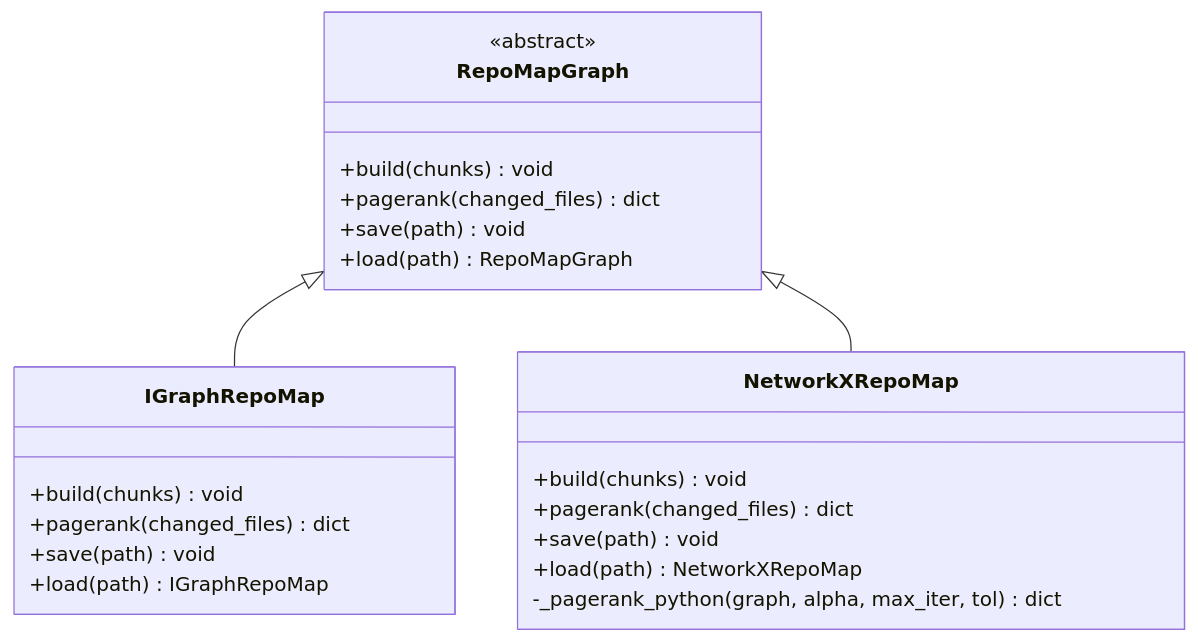
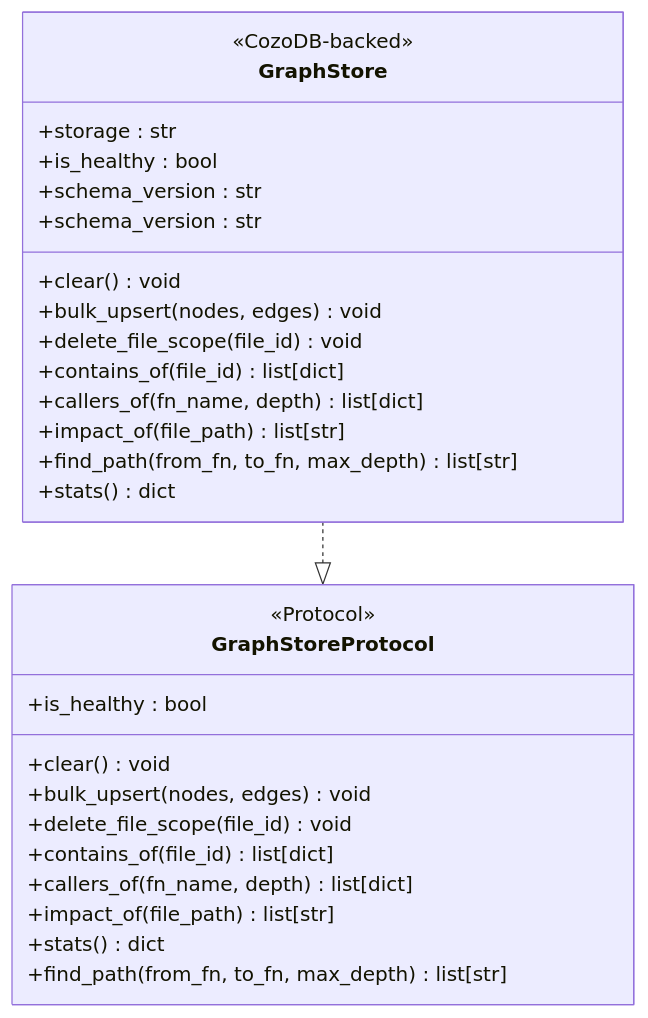
The eighth of 14 diagrams in .qoder/repowiki/en/content/Core Modules/Core Modules.md (maemreyo/zmr-ctx-paker), drawn with Mermaid before and after one commit. The commit also changed other lines of this file and 25 other files, not shown here.

````diff
--- a/.qoder/repowiki/en/content/Core Modules/Core Modules.md
+++ b/.qoder/repowiki/en/content/Core Modules/Core Modules.md
@@ -363,25 +453,31 @@
 ```mermaid
 classDiagram
-class RepoMapGraph {
-<<abstract>>
-+build(chunks) void
-+pagerank(changed_files) dict
-+save(path) void
-+load(path) RepoMapGraph
+class GraphStore {
+<<CozoDB-backed>>
++storage : str
++is_healthy : bool
++schema_version : str
++clear() void
++bulk_upsert(nodes, edges) void
++delete_file_scope(file_id) void
++contains_of(file_id) list[dict]
++callers_of(fn_name, depth) list[dict]
++impact_of(file_path) list[str]
++find_path(from_fn, to_fn, max_depth) list[str]
++stats() dict
++schema_version : str
 }
-class IGraphRepoMap {
-+build(chunks) void
-+pagerank(changed_files) dict
-+save(path) void
-+load(path) IGraphRepoMap
+class GraphStoreProtocol {
+<<Protocol>>
++is_healthy : bool
++clear() void
++bulk_upsert(nodes, edges) void
++delete_file_scope(file_id) void
++contains_of(file_id) list[dict]
++callers_of(fn_name, depth) list[dict]
++impact_of(file_path) list[str]
++stats() dict
++find_path(from_fn, to_fn, max_depth) list[str]
 }
-class NetworkXRepoMap {
-+build(chunks) void
-+pagerank(changed_files) dict
-+save(path) void
-+load(path) NetworkXRepoMap
--_pagerank_python(graph, alpha, max_iter, tol) dict
-}
-RepoMapGraph <|-- IGraphRepoMap
-RepoMapGraph <|-- NetworkXRepoMap
+GraphStore ..|> GraphStoreProtocol
 ```
````
